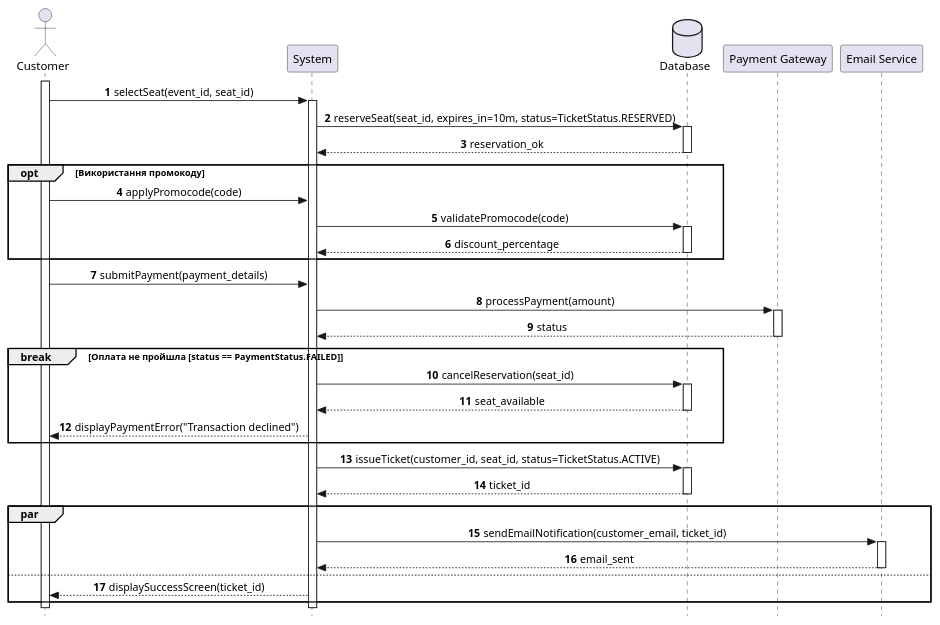
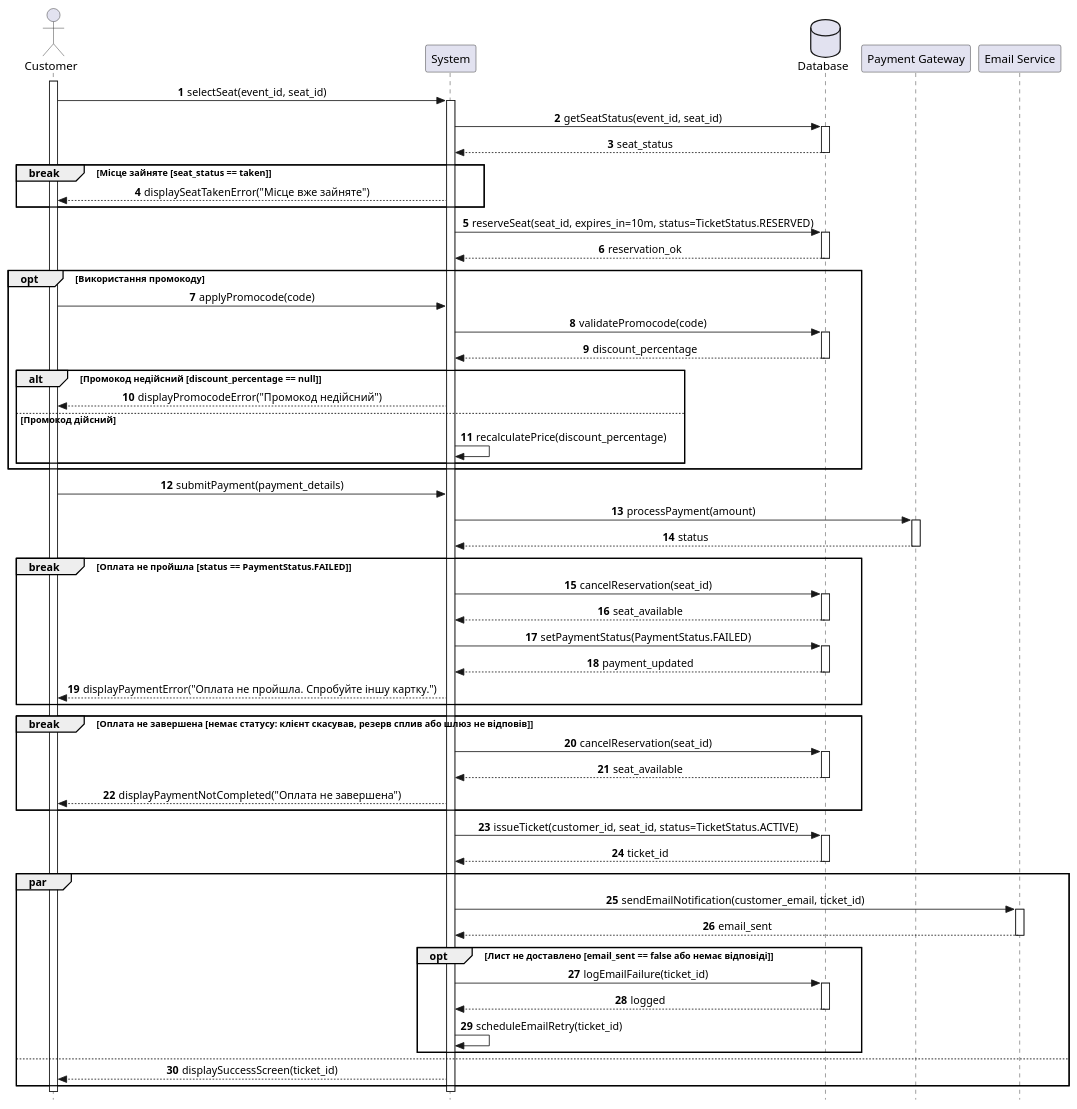
The diagram in lab3/scenario1.puml (anastasiiaaz/2-course-mavpz), drawn with PlantUML before and after one commit.

Commit message:
fix: align buy ticket sequence with spec

```diff
--- a/lab3/scenario1.puml
+++ b/lab3/scenario1.puml
@@ -1,61 +1,99 @@
 @startuml buy_ticket
 autonumber
 skinparam Style strictuml
 skinparam SequenceMessageAlignment center
 
 actor "Customer" as C
 participant "System" as App
 database "Database" as DB
 participant "Payment Gateway" as PG
 participant "Email Service" as ES
 
 activate C
 C -> App : selectSeat(event_id, seat_id)
 activate App
 
+App -> DB : getSeatStatus(event_id, seat_id)
+activate DB
+DB --> App : seat_status
+deactivate DB
+
+break Місце зайняте [seat_status == taken]
+    App --> C : displaySeatTakenError("Місце вже зайняте")
+end
+
 App -> DB : reserveSeat(seat_id, expires_in=10m, status=TicketStatus.RESERVED)
 activate DB
 DB --> App : reservation_ok
 deactivate DB
 
 opt Використання промокоду
     C -> App : applyPromocode(code)
     App -> DB : validatePromocode(code)
     activate DB
     DB --> App : discount_percentage
     deactivate DB
+
+    alt Промокод недійсний [discount_percentage == null]
+        App --> C : displayPromocodeError("Промокод недійсний")
+    else Промокод дійсний
+        App -> App : recalculatePrice(discount_percentage)
+    end
 end
 
 C -> App : submitPayment(payment_details)
 
 App -> PG : processPayment(amount)
 activate PG
 PG --> App : status
 deactivate PG
 
 break Оплата не пройшла [status == PaymentStatus.FAILED]
     App -> DB : cancelReservation(seat_id)
     activate DB
     DB --> App : seat_available
     deactivate DB
-    
-    App --> C : displayPaymentError("Transaction declined")
+
+    App -> DB : setPaymentStatus(PaymentStatus.FAILED)
+    activate DB
+    DB --> App : payment_updated
+    deactivate DB
+
+    App --> C : displayPaymentError("Оплата не пройшла. Спробуйте іншу картку.")
+end
+
+break Оплата не завершена [немає статусу: клієнт скасував, резерв сплив або шлюз не відповів]
+    App -> DB : cancelReservation(seat_id)
+    activate DB
+    DB --> App : seat_available
+    deactivate DB
+
+    App --> C : displayPaymentNotCompleted("Оплата не завершена")
 end
 
 App -> DB : issueTicket(customer_id, seat_id, status=TicketStatus.ACTIVE)
 activate DB
 DB --> App : ticket_id
 deactivate DB
 
 par
     App -> ES : sendEmailNotification(customer_email, ticket_id)
     activate ES
     ES --> App : email_sent
     deactivate ES
+
+    opt Лист не доставлено [email_sent == false або немає відповіді]
+        App -> DB : logEmailFailure(ticket_id)
+        activate DB
+        DB --> App : logged
+        deactivate DB
+
+        App -> App : scheduleEmailRetry(ticket_id)
+    end
 else
     App --> C : displaySuccessScreen(ticket_id)
 end
 
 deactivate App
 deactivate C
 @enduml
```
